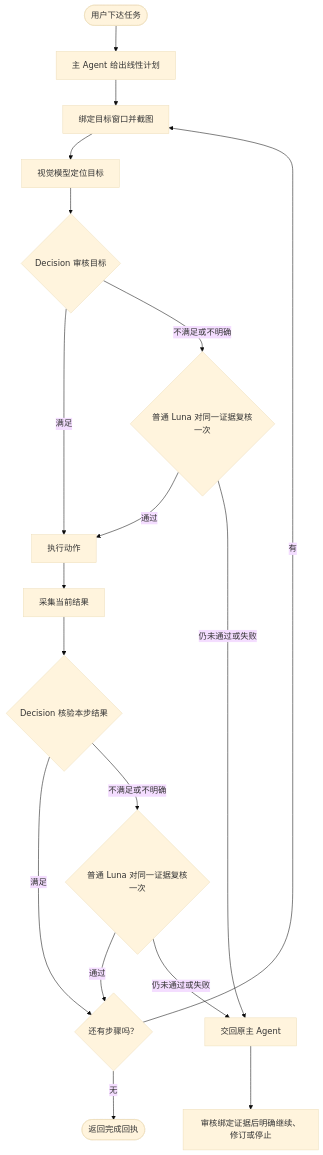
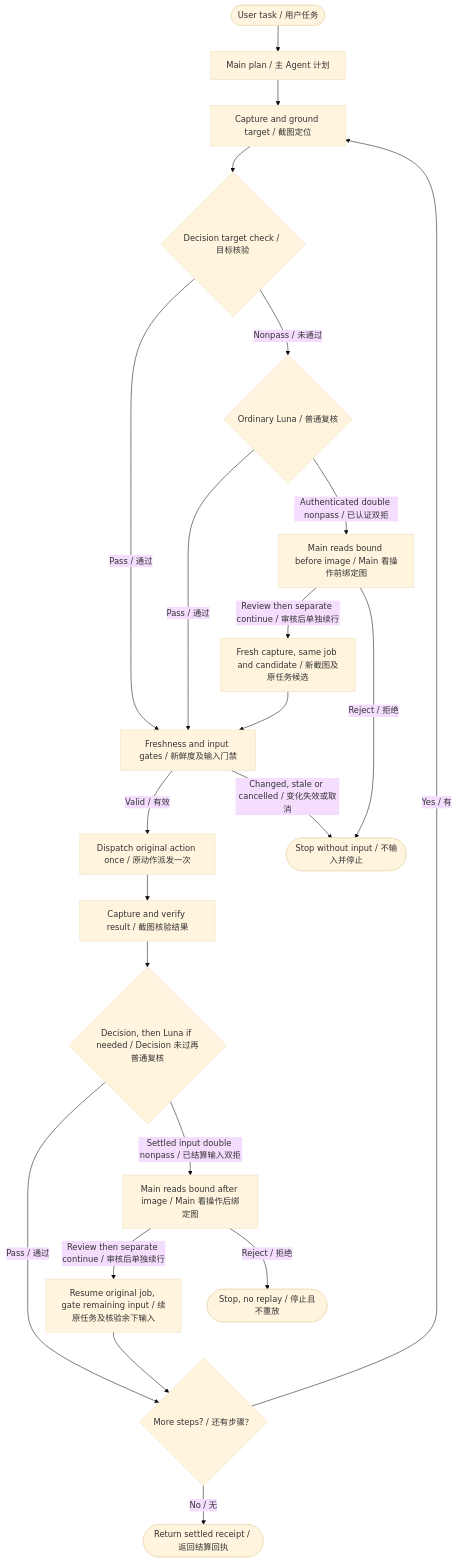
Before and after one commit to Desolate-Jix/agent-gui-runtime: the diagram in docs/EXECUTION_GUIDE.zh-CN.md, drawn with Mermaid (base theme). The commit also changed other lines of this file and 68 other files, not shown here.

````diff
--- a/docs/EXECUTION_GUIDE.zh-CN.md
+++ b/docs/EXECUTION_GUIDE.zh-CN.md
@@ -33,20 +35,24 @@
 ```mermaid
 flowchart TD
-    U([用户下达任务]) --> M[主 Agent 给出线性计划]
-    M --> C[绑定目标窗口并截图]
-    C --> V[视觉模型定位目标]
-    V --> D{Decision 审核目标}
-    D -->|满足| A[执行动作]
-    D -->|不满足或不明确| L{普通 Luna 对同一证据复核一次}
-    L -->|通过| A
-    L -->|仍未通过或失败| R[交回原主 Agent]
-    A --> E[采集当前结果]
-    E --> O{Decision 核验本步结果}
-    O -->|满足| N{还有步骤吗？}
-    O -->|不满足或不明确| Q{普通 Luna 对同一证据复核一次}
-    Q -->|通过| N
-    Q -->|仍未通过或失败| R
-    N -->|有| C
-    N -->|无| F([返回完成回执])
-    R --> P[审核绑定证据后明确继续、修订或停止]
+    U([User task / 用户任务]) --> M[Main plan / 主 Agent 计划]
+    M --> C[Capture and ground target / 截图定位]
+    C --> D{Decision target check / 目标核验}
+    D -->|Pass / 通过| G[Freshness and input gates / 新鲜度及输入门禁]
+    D -->|Nonpass / 未通过| L{Ordinary Luna / 普通复核}
+    L -->|Pass / 通过| G
+    L -->|Authenticated double nonpass / 已认证双拒| B[Main reads bound before image / Main 看操作前绑定图]
+    B -->|Review then separate continue / 审核后单独续行| K[Fresh capture, same job and candidate / 新截图及原任务候选]
+    B -->|Reject / 拒绝| S([Stop without input / 不输入并停止])
+    K --> G
+    G -->|Valid / 有效| A[Dispatch original action once / 原动作派发一次]
+    G -->|Changed, stale or cancelled / 变化失效或取消| S
+    A --> E[Capture and verify result / 截图核验结果]
+    E --> V{Decision, then Luna if needed / Decision 未过再普通复核}
+    V -->|Pass / 通过| N{More steps? / 还有步骤？}
+    V -->|Settled input double nonpass / 已结算输入双拒| H[Main reads bound after image / Main 看操作后绑定图]
+    H -->|Review then separate continue / 审核后单独续行| J[Resume original job, gate remaining input / 续原任务及核验余下输入]
+    J --> N
+    H -->|Reject / 拒绝| Z([Stop, no replay / 停止且不重放])
+    N -->|Yes / 有| C
+    N -->|No / 无| F([Return settled receipt / 返回结算回执])
 ```
````
